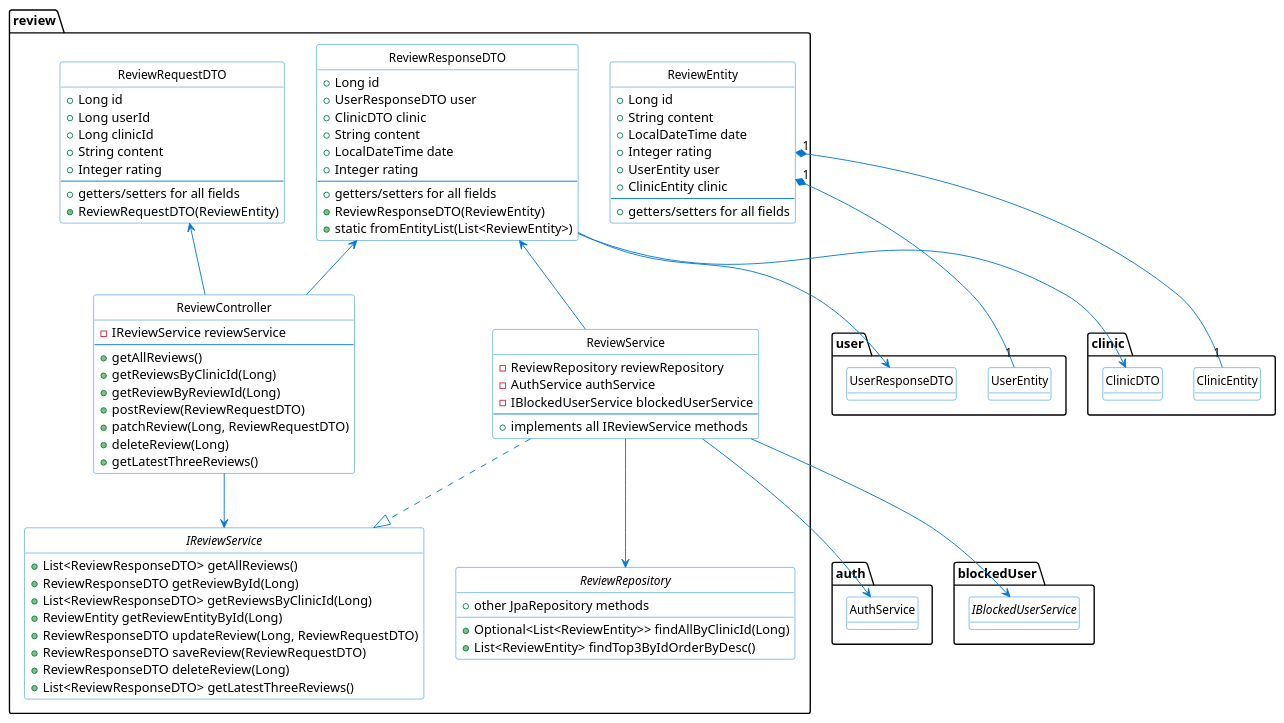
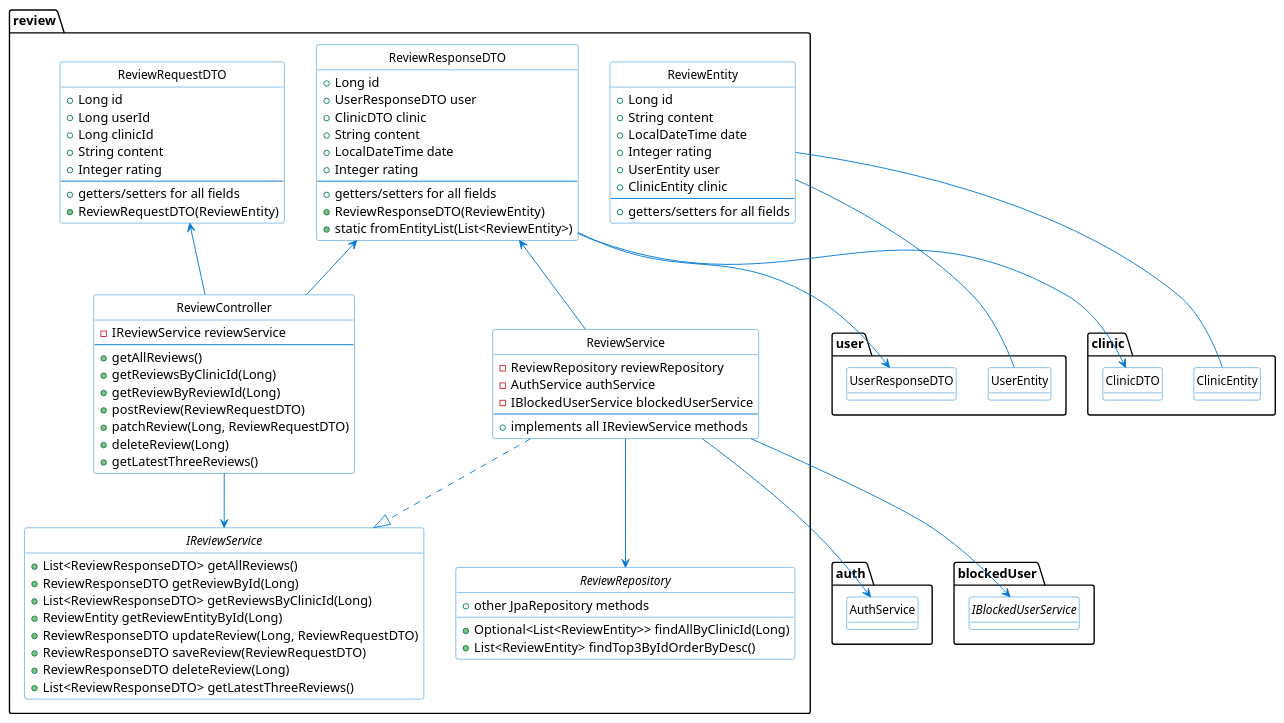
One commit to David26044/meditourism changed the diagram in Backend/meditourism/diagrams/review.puml. Above: the diagram before and after it, drawn with PlantUML. The commit also changed 12 other files, not shown here.

Commit message:
Arreglo un diagrama y subo .png

```diff
--- a/Backend/meditourism/diagrams/review.puml
+++ b/Backend/meditourism/diagrams/review.puml
@@ -1,124 +1,124 @@
 @startuml
 
 ' Configuración general
 skinparam class {
     BackgroundColor White
     ArrowColor #0078D7
     BorderColor #0078D7
     FontSize 13
 }
 hide circle
 hide empty fields
 
 package "review" {
     class ReviewEntity {
         + Long id
         + String content
         + LocalDateTime date
         + Integer rating
         + UserEntity user
         + ClinicEntity clinic
         --
         + getters/setters for all fields
     }
 
     class ReviewRequestDTO {
         + Long id
         + Long userId
         + Long clinicId
         + String content
         + Integer rating
         --
         + getters/setters for all fields
         + ReviewRequestDTO(ReviewEntity)
     }
 
     class ReviewResponseDTO {
         + Long id
         + UserResponseDTO user
         + ClinicDTO clinic
         + String content
         + LocalDateTime date
         + Integer rating
         --
         + getters/setters for all fields
         + ReviewResponseDTO(ReviewEntity)
         + static fromEntityList(List<ReviewEntity>)
     }
 
     interface IReviewService {
         + List<ReviewResponseDTO> getAllReviews()
         + ReviewResponseDTO getReviewById(Long)
         + List<ReviewResponseDTO> getReviewsByClinicId(Long)
         + ReviewEntity getReviewEntityById(Long)
         + ReviewResponseDTO updateReview(Long, ReviewRequestDTO)
         + ReviewResponseDTO saveReview(ReviewRequestDTO)
         + ReviewResponseDTO deleteReview(Long)
         + List<ReviewResponseDTO> getLatestThreeReviews()
     }
 
     class ReviewService {
         - ReviewRepository reviewRepository
         - AuthService authService
         - IBlockedUserService blockedUserService
         --
         + implements all IReviewService methods
     }
 
     class ReviewController {
         - IReviewService reviewService
         --
         + getAllReviews()
         + getReviewsByClinicId(Long)
         + getReviewByReviewId(Long)
         + postReview(ReviewRequestDTO)
         + patchReview(Long, ReviewRequestDTO)
         + deleteReview(Long)
         + getLatestThreeReviews()
     }
 
     interface ReviewRepository {
         + Optional<List<ReviewEntity>> findAllByClinicId(Long)
         + List<ReviewEntity> findTop3ByIdOrderByDesc()
         + other JpaRepository methods
     }
 }
 
 ' External dependencies (simplified)
 package "user" {
     class UserEntity {}
     class UserResponseDTO {}
 }
 
 package "clinic" {
     class ClinicEntity {}
     class ClinicDTO {}
 }
 
 package "auth" {
     class AuthService {}
 }
 
 package "blockedUser" {
     interface IBlockedUserService {}
 }
 
 ' Relationships
-ReviewEntity "1" *-- "1" UserEntity
-ReviewEntity "1" *-- "1" ClinicEntity
+ReviewEntity -- UserEntity
+ReviewEntity -- ClinicEntity
 
 ReviewService ..|> IReviewService
 ReviewService --> ReviewRepository
 ReviewService --> AuthService
 ReviewService --> IBlockedUserService
 
 ReviewController --> IReviewService
 
 ReviewResponseDTO --> UserResponseDTO
 ReviewResponseDTO --> ClinicDTO
 
 ReviewRequestDTO <-- ReviewController
 ReviewResponseDTO <-- ReviewController
 ReviewResponseDTO <-- ReviewService
 
 @enduml
```
